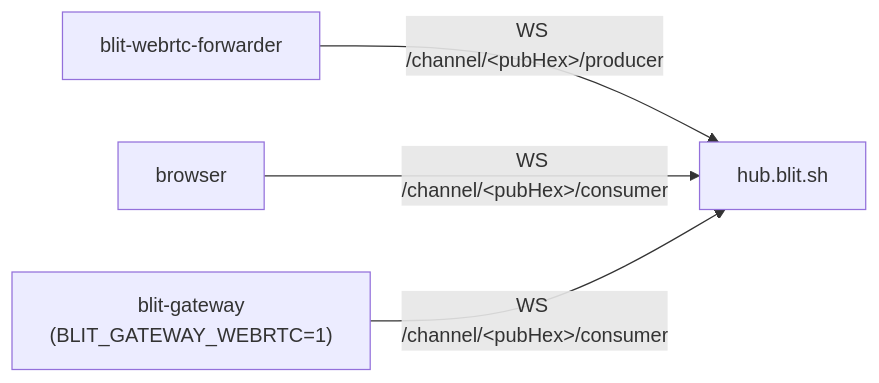
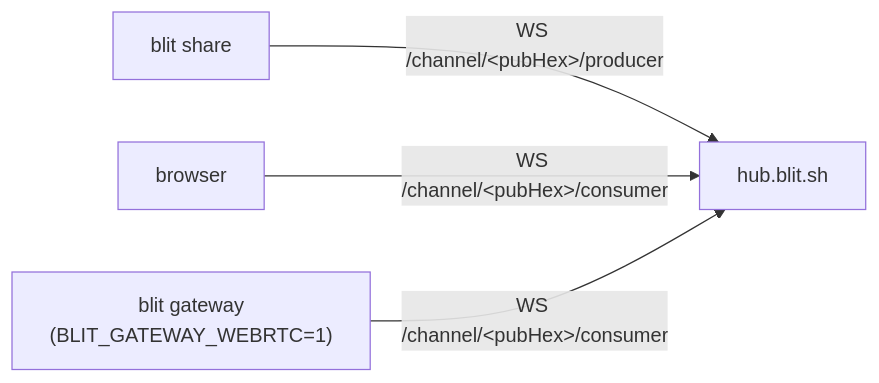
One commit to indent-com/blit changed the fifth of 9 diagrams in docs/transports.md. Above: the diagram before and after it, drawn with Mermaid. The commit also changed other lines of this file and 101 other files, not shown here.

````diff
--- a/docs/transports.md
+++ b/docs/transports.md
@@ -193,6 +193,6 @@
 ```mermaid
 graph LR
-    F["blit-webrtc-forwarder"] -->|"WS /channel/&lt;pubHex&gt;/producer"| H["hub.blit.sh"]
+    F["blit share"] -->|"WS /channel/&lt;pubHex&gt;/producer"| H["hub.blit.sh"]
     B["browser"] -->|"WS /channel/&lt;pubHex&gt;/consumer"| H
-    G["blit-gateway\n(BLIT_GATEWAY_WEBRTC=1)"] -->|"WS /channel/&lt;pubHex&gt;/consumer"| H
+    G["blit gateway\n(BLIT_GATEWAY_WEBRTC=1)"] -->|"WS /channel/&lt;pubHex&gt;/consumer"| H
 ```
````
